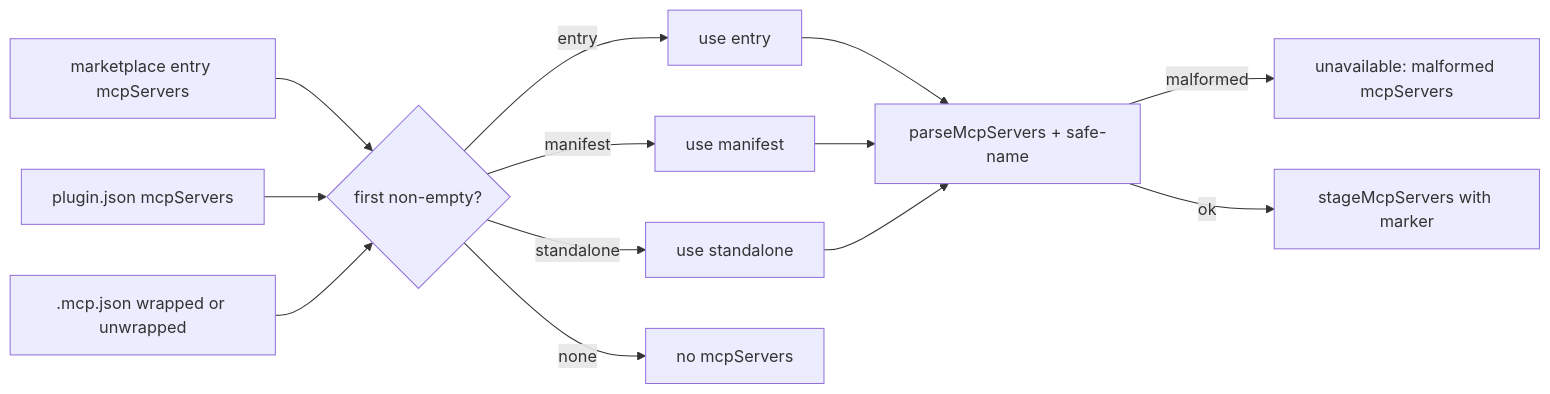
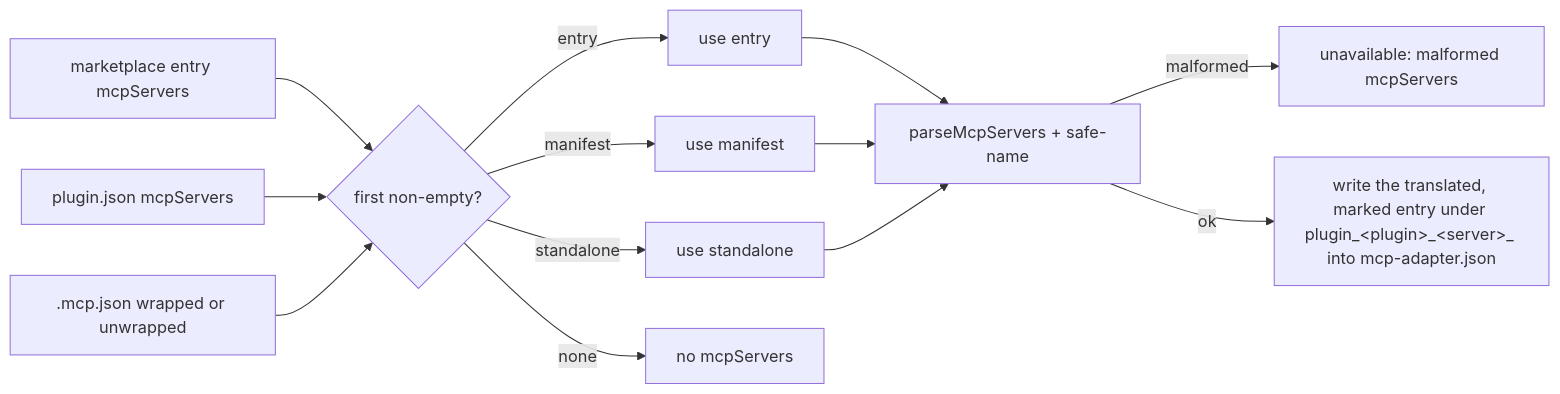
Before and after one commit to acolomba/pi-claude-marketplace: the sixth of 18 diagrams in docs/prd/pi-claude-marketplace-prd.md, drawn with Mermaid. The commit also changed other lines of this file and 555 other files, not shown here.

First line of the commit message:
feat(mcp)!: move plugin MCP servers to pi-mcp-adapter 5 on Pi 1.0 (#250)

````diff
--- a/docs/prd/pi-claude-marketplace-prd.md
+++ b/docs/prd/pi-claude-marketplace-prd.md
@@ -485,15 +489,15 @@
 ```mermaid
 flowchart LR
   e[marketplace entry mcpServers] --> r{first non-empty?}
   m[plugin.json mcpServers] --> r
   s[.mcp.json wrapped or unwrapped] --> r
   r -- entry --> u[use entry]
   r -- manifest --> p[use manifest]
   r -- standalone --> v[use standalone]
   r -- none --> n[no mcpServers]
   u --> chk[parseMcpServers + safe-name]
   p --> chk
   v --> chk
   chk -- malformed --> err[unavailable: malformed mcpServers]
-  chk -- ok --> stage[stageMcpServers with marker]
+  chk -- ok --> stage["write the translated, marked entry under plugin_&lt;plugin&gt;_&lt;server&gt;_ into mcp-adapter.json"]
 ```
````
